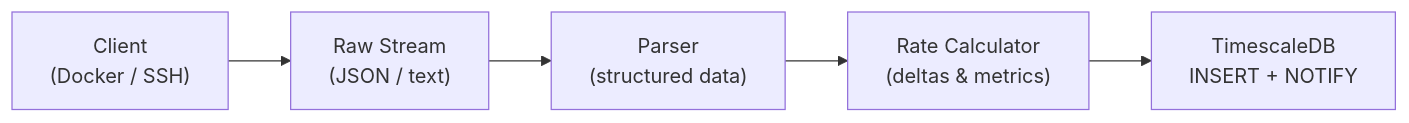
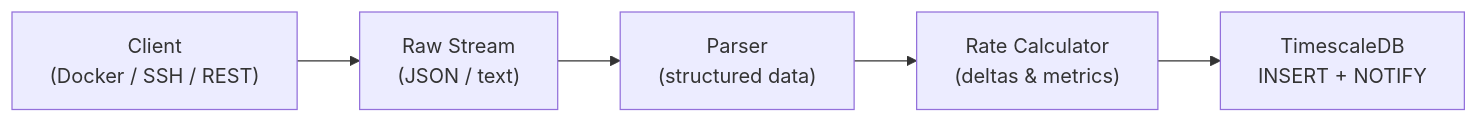
Before and after one commit to jaredglaser/homelab-manager: the second of 3 diagrams in docs/architecture.md, drawn with Mermaid. The commit also changed other lines of this file and 1 other file, not shown here.

Commit message:
Update docs for Proxmox worker/DB pipeline migration
- CLAUDE.md: Expand "Virtualized Tables" section header to include Proxmox
- docs/architecture.md: Update Stage 1 flowchart client label to include REST, add note explaining Proxmox skips the streaming parser and rate calculator steps

````diff
--- a/docs/architecture.md
+++ b/docs/architecture.md
@@ -54,10 +54,10 @@
 ```mermaid
 flowchart LR
-    CL["Client<br/>(Docker / SSH)"]
+    CL["Client<br/>(Docker / SSH / REST)"]
     RS["Raw Stream<br/>(JSON / text)"]
     PA["Parser<br/>(structured data)"]
     RC["Rate Calculator<br/>(deltas & metrics)"]
     DB["TimescaleDB<br/>INSERT + NOTIFY"]
 
     CL --> RS --> PA --> RC --> DB
 ```
````
